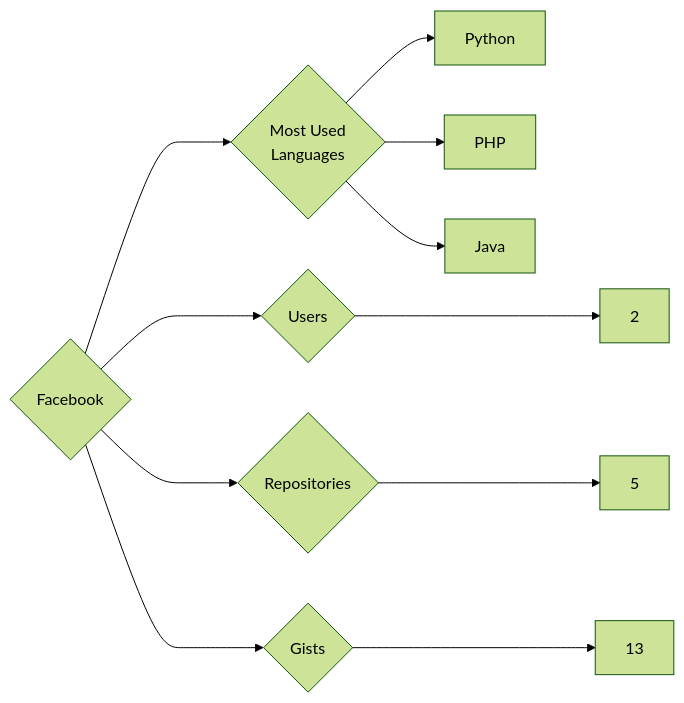
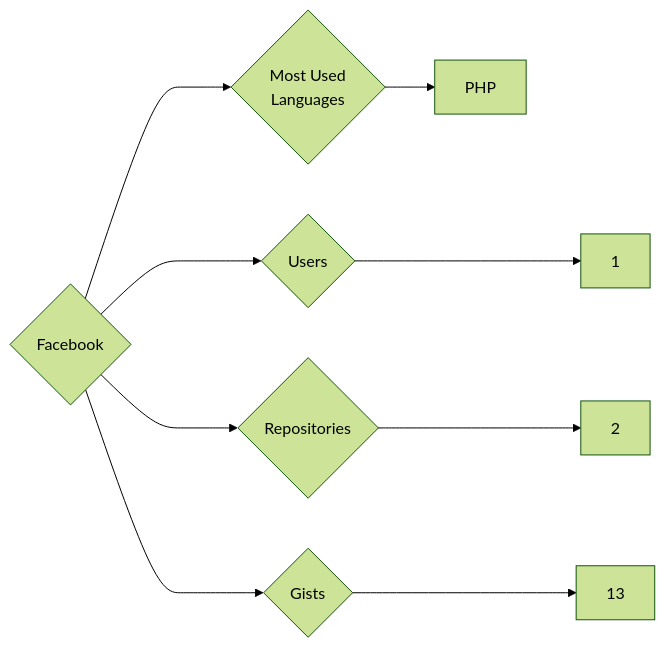
Before and after one commit to trickest/insiders: the diagram in targets/Facebook/README.md, drawn with Mermaid (forest theme). The commit also changed 1092 other files, not shown here.

````diff
--- a/targets/Facebook/README.md
+++ b/targets/Facebook/README.md
@@ -3,11 +3,9 @@
 ```mermaid
 graph LR
 COMPANY_NAME{Facebook}
-COMPANY_NAME ---> U{Users} ---> UN[2]
-COMPANY_NAME ---> R{Repositories} ---> RN[5]
+COMPANY_NAME ---> U{Users} ---> UN[1]
+COMPANY_NAME ---> R{Repositories} ---> RN[2]
 COMPANY_NAME ---> G{Gists} ---> GN[13]
 COMPANY_NAME ---> ML{Most Used<br>Languages}
-ML --> Python[Python]
 ML --> PHP[PHP]
-ML --> Java[Java]
 ```
````
